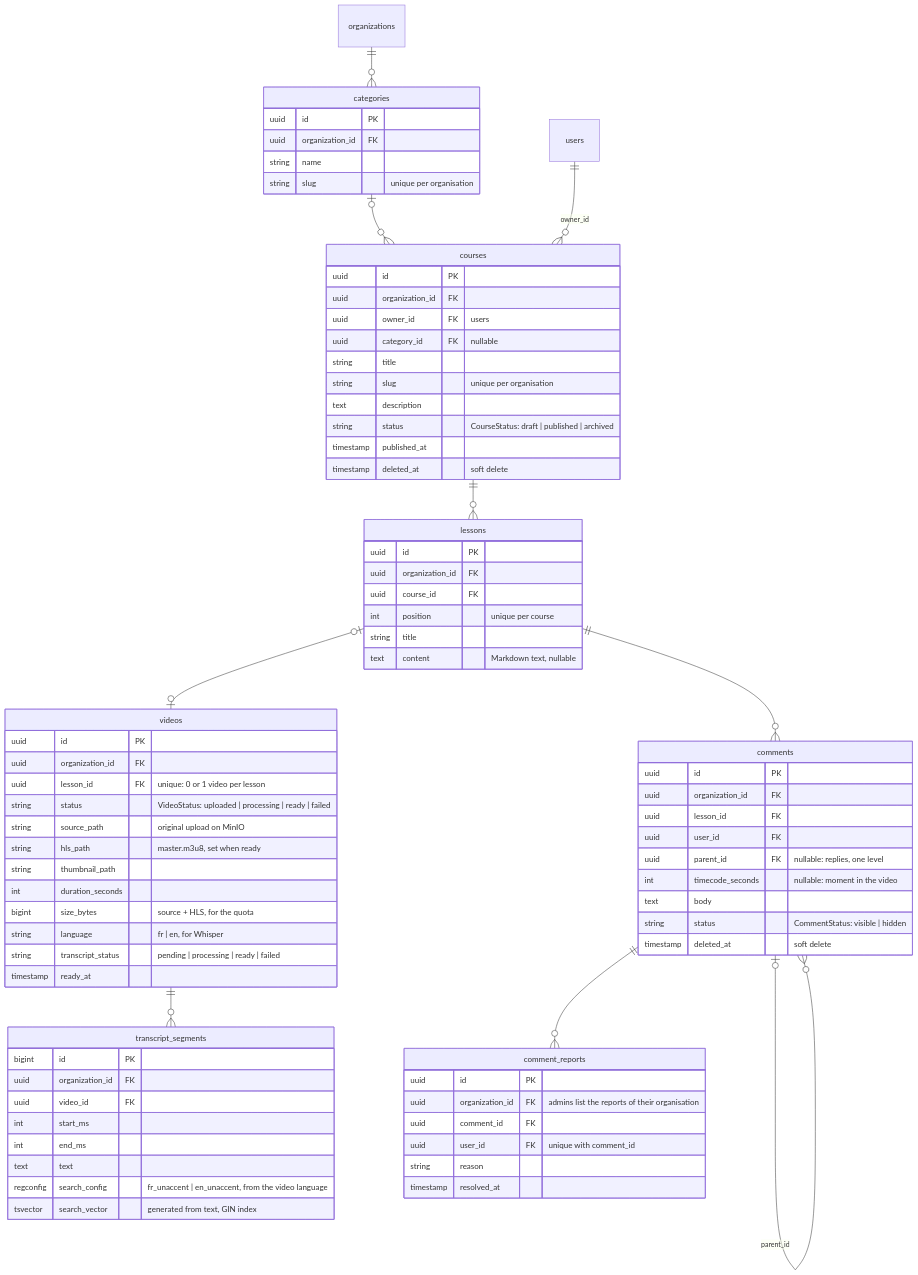
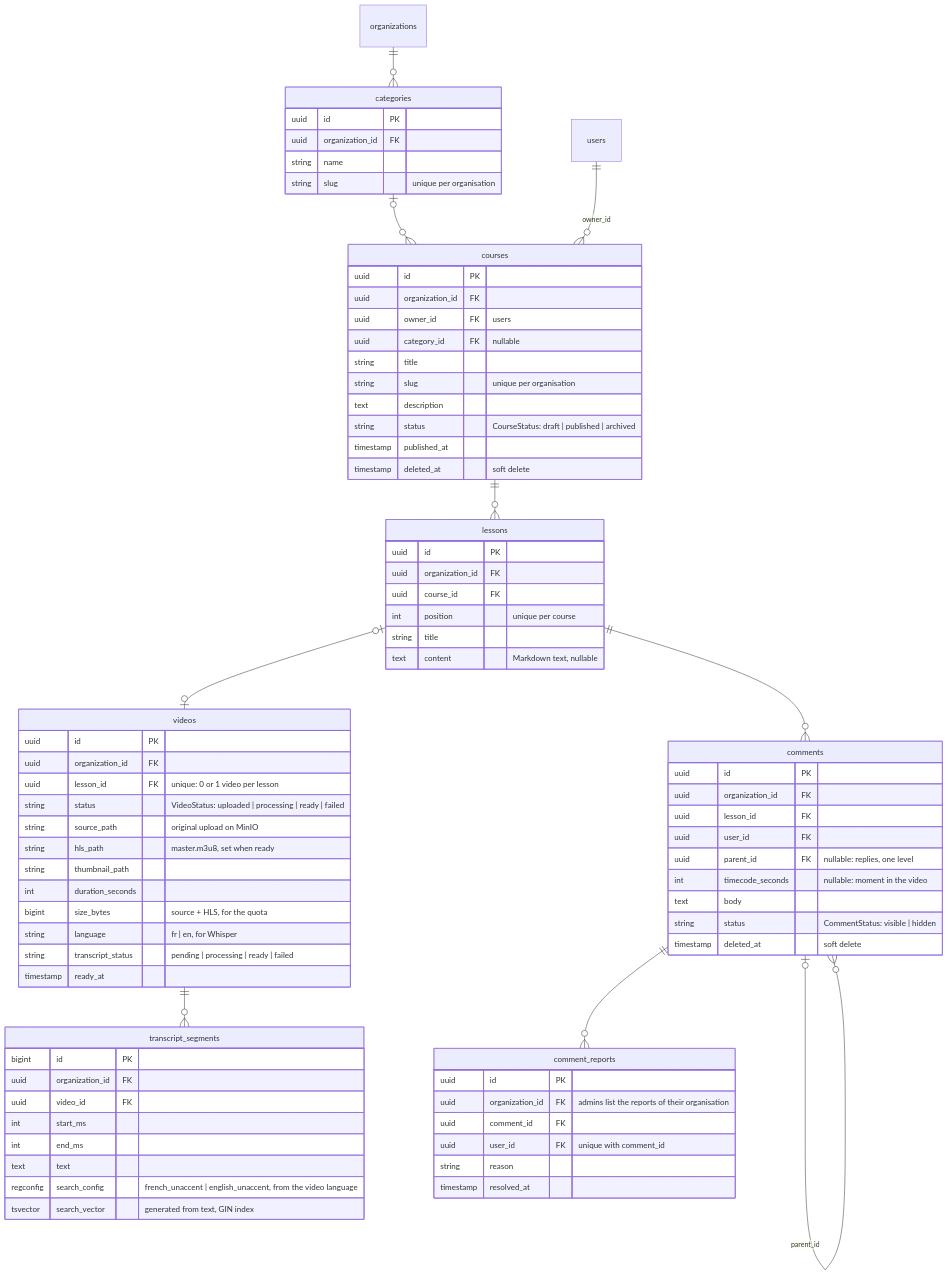
Before and after one commit to lucaszebre/ANNUALPROJECT-IWJ3: the third of 6 diagrams in docs/data-model.md, drawn with Mermaid. The commit also changed other lines of this file and 3 other files, not shown here.

````diff
--- a/docs/data-model.md
+++ b/docs/data-model.md
@@ -94,81 +94,81 @@
 ```mermaid
 erDiagram
     organizations ||--o{ categories : ""
     categories |o--o{ courses : ""
     users ||--o{ courses : "owner_id"
     courses ||--o{ lessons : ""
     lessons |o--o| videos : ""
     videos ||--o{ transcript_segments : ""
     lessons ||--o{ comments : ""
     comments |o--o{ comments : "parent_id"
     comments ||--o{ comment_reports : ""
     categories {
         uuid id PK
         uuid organization_id FK
         string name
         string slug "unique per organisation"
     }
     courses {
         uuid id PK
         uuid organization_id FK
         uuid owner_id FK "users"
         uuid category_id FK "nullable"
         string title
         string slug "unique per organisation"
         text description
         string status "CourseStatus: draft | published | archived"
         timestamp published_at
         timestamp deleted_at "soft delete"
     }
     lessons {
         uuid id PK
         uuid organization_id FK
         uuid course_id FK
         int position "unique per course"
         string title
         text content "Markdown text, nullable"
     }
     videos {
         uuid id PK
         uuid organization_id FK
         uuid lesson_id FK "unique: 0 or 1 video per lesson"
         string status "VideoStatus: uploaded | processing | ready | failed"
         string source_path "original upload on MinIO"
         string hls_path "master.m3u8, set when ready"
         string thumbnail_path
         int duration_seconds
         bigint size_bytes "source + HLS, for the quota"
         string language "fr | en, for Whisper"
         string transcript_status "pending | processing | ready | failed"
         timestamp ready_at
     }
     transcript_segments {
         bigint id PK
         uuid organization_id FK
         uuid video_id FK
         int start_ms
         int end_ms
         text text
-        regconfig search_config "fr_unaccent | en_unaccent, from the video language"
+        regconfig search_config "french_unaccent | english_unaccent, from the video language"
         tsvector search_vector "generated from text, GIN index"
     }
     comments {
         uuid id PK
         uuid organization_id FK
         uuid lesson_id FK
         uuid user_id FK
         uuid parent_id FK "nullable: replies, one level"
         int timecode_seconds "nullable: moment in the video"
         text body
         string status "CommentStatus: visible | hidden"
         timestamp deleted_at "soft delete"
     }
     comment_reports {
         uuid id PK
         uuid organization_id FK "admins list the reports of their organisation"
         uuid comment_id FK
         uuid user_id FK "unique with comment_id"
         string reason
         timestamp resolved_at
     }
 ```
````
